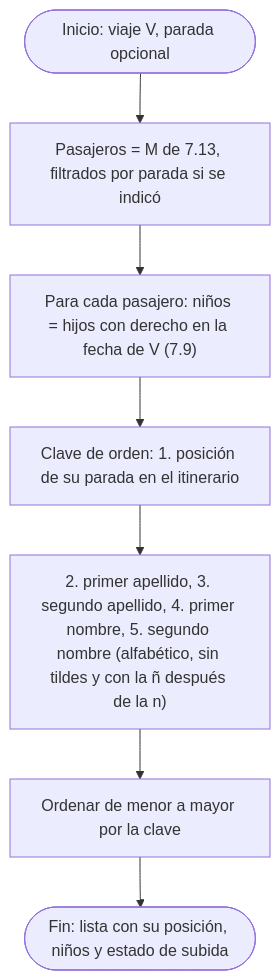
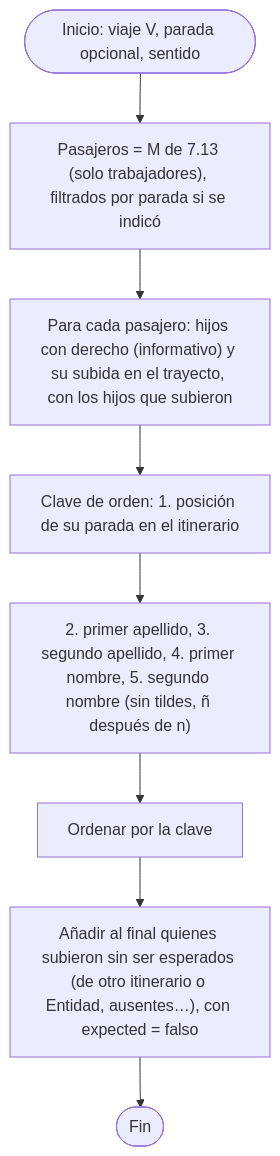
Diagram 20 of 37 in docs/07-algoritmos.md (maicolalmaralestamayo/MiRuta), drawn with Mermaid before and after one commit. The commit also changed other lines of this file and 37 other files, not shown here.

First line of the commit message:
API 3.0 (parte B): QR desechable y QR impreso, subida con hijos y viajeros de fuera, alta con QR, estadísticas y documentación

````diff
--- a/docs/07-algoritmos.md
+++ b/docs/07-algoritmos.md
@@ -587,9 +557,10 @@
 ```mermaid
 flowchart TD
-    A(["Inicio: viaje V, parada opcional"]) --> B["Pasajeros = M de 7.13, filtrados por parada si se indicó"]
-    B --> C["Para cada pasajero: niños = hijos con derecho en la fecha de V (7.9)"]
+    A(["Inicio: viaje V, parada opcional, sentido"]) --> B["Pasajeros = M de 7.13 (solo trabajadores), filtrados por parada si se indicó"]
+    B --> C["Para cada pasajero: hijos con derecho (informativo) y su subida en el trayecto, con los hijos que subieron"]
     C --> D["Clave de orden: 1. posición de su parada en el itinerario"]
-    D --> E["2. primer apellido, 3. segundo apellido, 4. primer nombre, 5. segundo nombre (alfabético, sin tildes y con la ñ después de la n)"]
-    E --> F["Ordenar de menor a mayor por la clave"]
-    F --> Z(["Fin: lista con su posición, niños y estado de subida"])
+    D --> E["2. primer apellido, 3. segundo apellido, 4. primer nombre, 5. segundo nombre (sin tildes, ñ después de n)"]
+    E --> F["Ordenar por la clave"]
+    F --> G["Añadir al final quienes subieron sin ser esperados (de otro itinerario o Entidad, ausentes…), con expected = falso"]
+    G --> Z(["Fin"])
 ```
````
